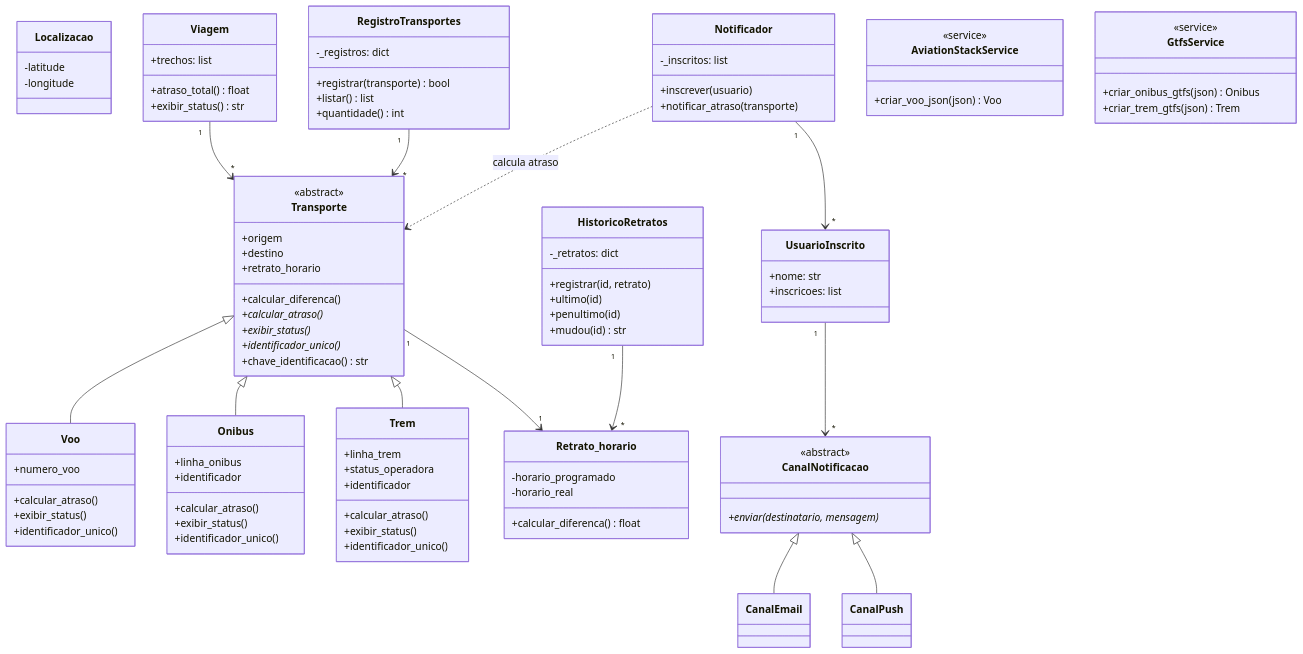
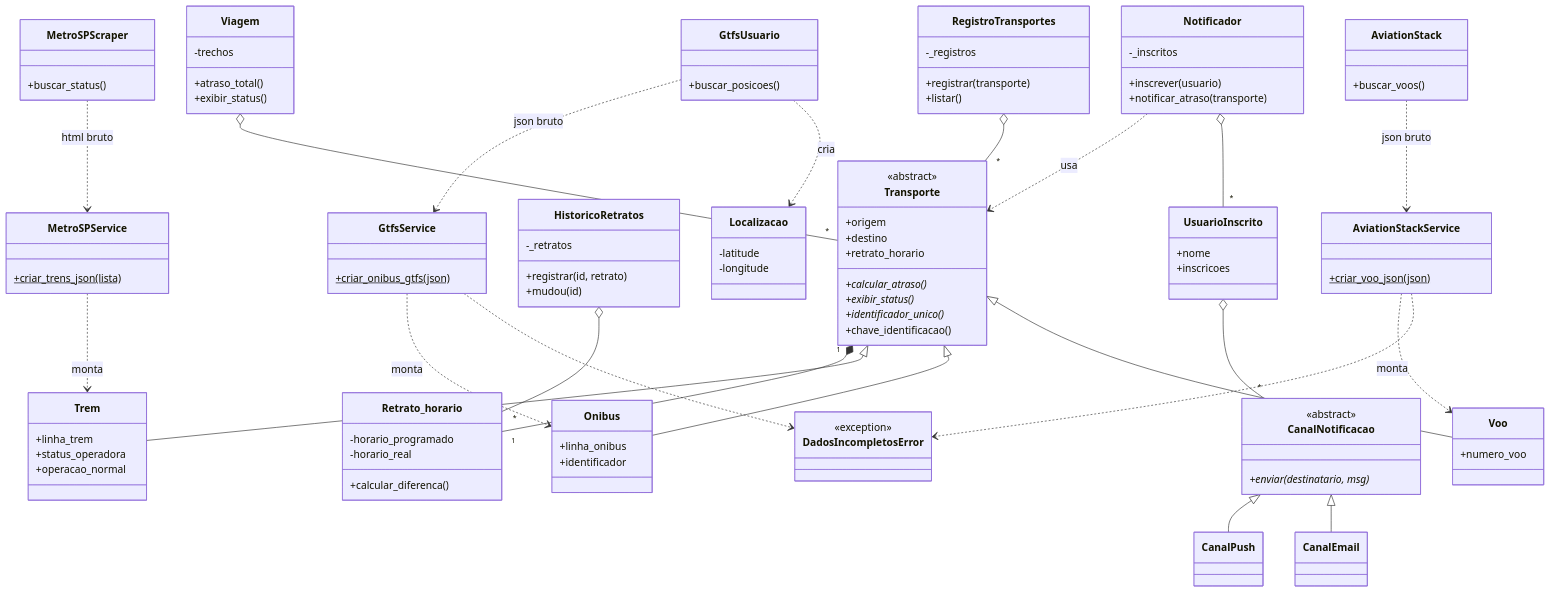
Before and after one commit to m-luisa/Projeto-de-software: the diagram in README.md, drawn with Mermaid.

Commit message:
Atualiza UML no README

````diff
--- a/README.md
+++ b/README.md
@@ -66,32 +66,22 @@
         +origem
         +destino
         +retrato_horario
-        +calcular_diferenca()
-        +calcular_atraso()* 
+        +calcular_atraso()*
         +exibir_status()*
         +identificador_unico()*
-        +chave_identificacao() str
+        +chave_identificacao()
     }
     class Voo {
         +numero_voo
-        +calcular_atraso()
-        +exibir_status()
-        +identificador_unico()
     }
     class Onibus {
         +linha_onibus
         +identificador
-        +calcular_atraso()
-        +exibir_status()
-        +identificador_unico()
     }
     class Trem {
         +linha_trem
         +status_operadora
-        +identificador
-        +calcular_atraso()
-        +exibir_status()
-        +identificador_unico()
+        +operacao_normal
     }
     Transporte <|-- Voo
     Transporte <|-- Onibus
@@ -100,42 +90,43 @@
     class Retrato_horario {
         -horario_programado
         -horario_real
-        +calcular_diferenca() float
+        +calcular_diferenca()
     }
-    Transporte "1" --> "1" Retrato_horario
+    Transporte "1" *-- "1" Retrato_horario
 
     class Localizacao {
         -latitude
         -longitude
     }
+    class GtfsUsuario {
+        +buscar_posicoes()
+    }
+    GtfsUsuario ..> Localizacao : cria
+
+    class RegistroTransportes {
+        -_registros
+        +registrar(transporte)
+        +listar()
+    }
+    RegistroTransportes o-- "*" Transporte
+
+    class HistoricoRetratos {
+        -_retratos
+        +registrar(id, retrato)
+        +mudou(id)
+    }
+    HistoricoRetratos o-- "*" Retrato_horario
 
     class Viagem {
-        +trechos: list
-        +atraso_total() float
-        +exibir_status() str
+        -trechos
+        +atraso_total()
+        +exibir_status()
     }
-    Viagem "1" --> "*" Transporte
-
-    class HistoricoRetratos {
-        -_retratos: dict
-        +registrar(id, retrato)
-        +ultimo(id)
-        +penultimo(id)
-        +mudou(id) str
-    }
-    HistoricoRetratos "1" --> "*" Retrato_horario
-
-    class RegistroTransportes {
-        -_registros: dict
-        +registrar(transporte) bool
-        +listar() list
-        +quantidade() int
-    }
-    RegistroTransportes "1" --> "*" Transporte
+    Viagem o-- "*" Transporte
 
     class CanalNotificacao {
         <<abstract>>
-        +enviar(destinatario, mensagem)*
+        +enviar(destinatario, msg)*
     }
     class CanalEmail
     class CanalPush
@@ -143,26 +134,47 @@
     CanalNotificacao <|-- CanalPush
 
     class UsuarioInscrito {
-        +nome: str
-        +inscricoes: list
+        +nome
+        +inscricoes
     }
-    UsuarioInscrito "1" --> "*" CanalNotificacao
+    UsuarioInscrito o-- "*" CanalNotificacao
 
     class Notificador {
-        -_inscritos: list
+        -_inscritos
         +inscrever(usuario)
         +notificar_atraso(transporte)
     }
-    Notificador "1" --> "*" UsuarioInscrito
-    Notificador ..> Transporte : calcula atraso
+    Notificador o-- "*" UsuarioInscrito
+    Notificador ..> Transporte : usa
+
+    class DadosIncompletosError {
+        <<exception>>
+    }
 
     class AviationStackService {
-        <<service>>
-        +criar_voo_json(json) Voo
+        +criar_voo_json(json)$
     }
     class GtfsService {
-        <<service>>
-        +criar_onibus_gtfs(json) Onibus
-        +criar_trem_gtfs(json) Trem
+        +criar_onibus_gtfs(json)$
     }
+    class MetroSPService {
+        +criar_trens_json(lista)$
+    }
+    AviationStackService ..> DadosIncompletosError
+    GtfsService ..> DadosIncompletosError
+
+    class AviationStack {
+        +buscar_voos()
+    }
+    class MetroSPScraper {
+        +buscar_status()
+    }
+
+    AviationStack ..> AviationStackService : json bruto
+    GtfsUsuario ..> GtfsService : json bruto
+    MetroSPScraper ..> MetroSPService : html bruto
+
+    AviationStackService ..> Voo : monta
+    GtfsService ..> Onibus : monta
+    MetroSPService ..> Trem : monta
 ```
````
